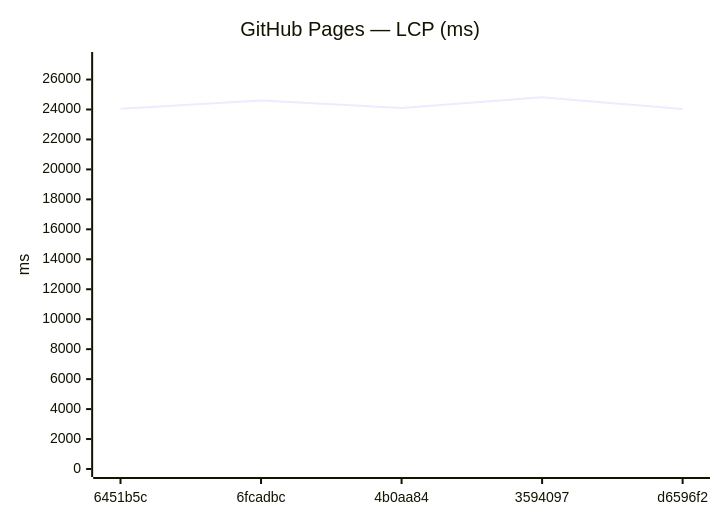
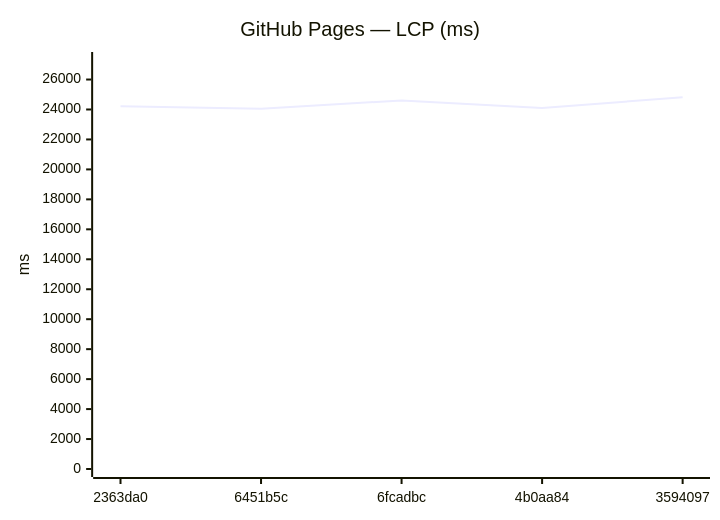
One commit to Metaheurist/Rianell changed the seventh of 12 diagrams in benchmarks/compare.md. Above: the diagram before and after it, drawn with Mermaid. The commit also changed other lines of this file and 8 other files, not shown here.

````diff
--- a/benchmarks/compare.md
+++ b/benchmarks/compare.md
@@ -107,7 +107,7 @@
 ```mermaid
 xychart-beta
     title "GitHub Pages — LCP (ms)"
-    x-axis ["6451b5c", "6fcadbc", "4b0aa84", "3594097", "d6596f2"]
+    x-axis ["2363da0", "6451b5c", "6fcadbc", "4b0aa84", "3594097"]
     y-axis "ms" 0 --> 27303
-    line [24056, 24599, 24101, 24820, 24030]
+    line [24218, 24056, 24599, 24101, 24820]
 ```
````
